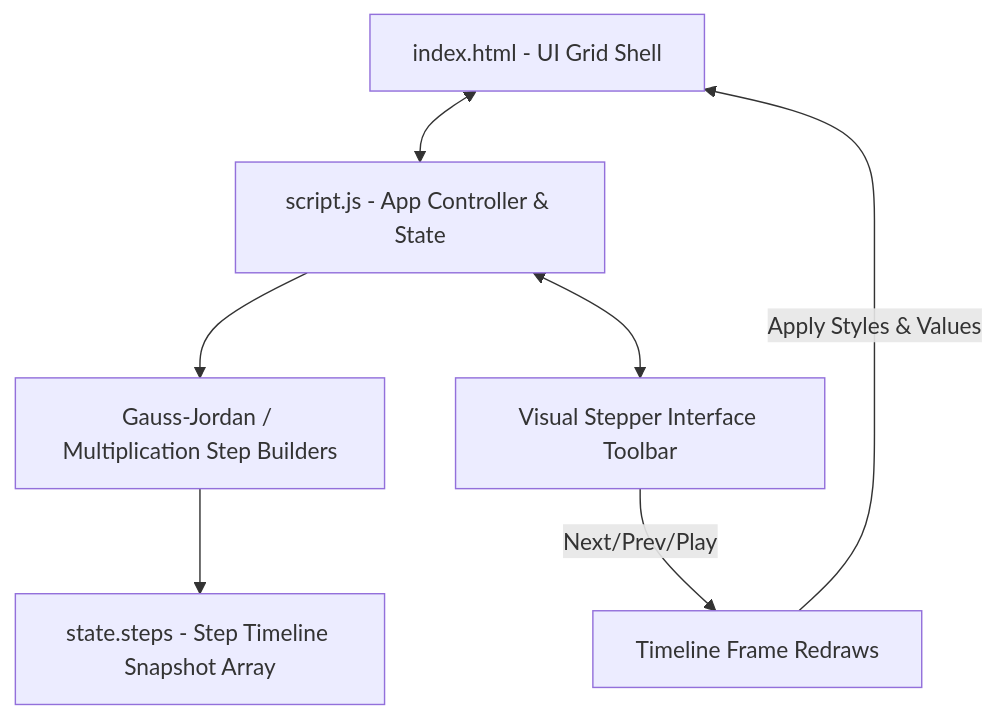
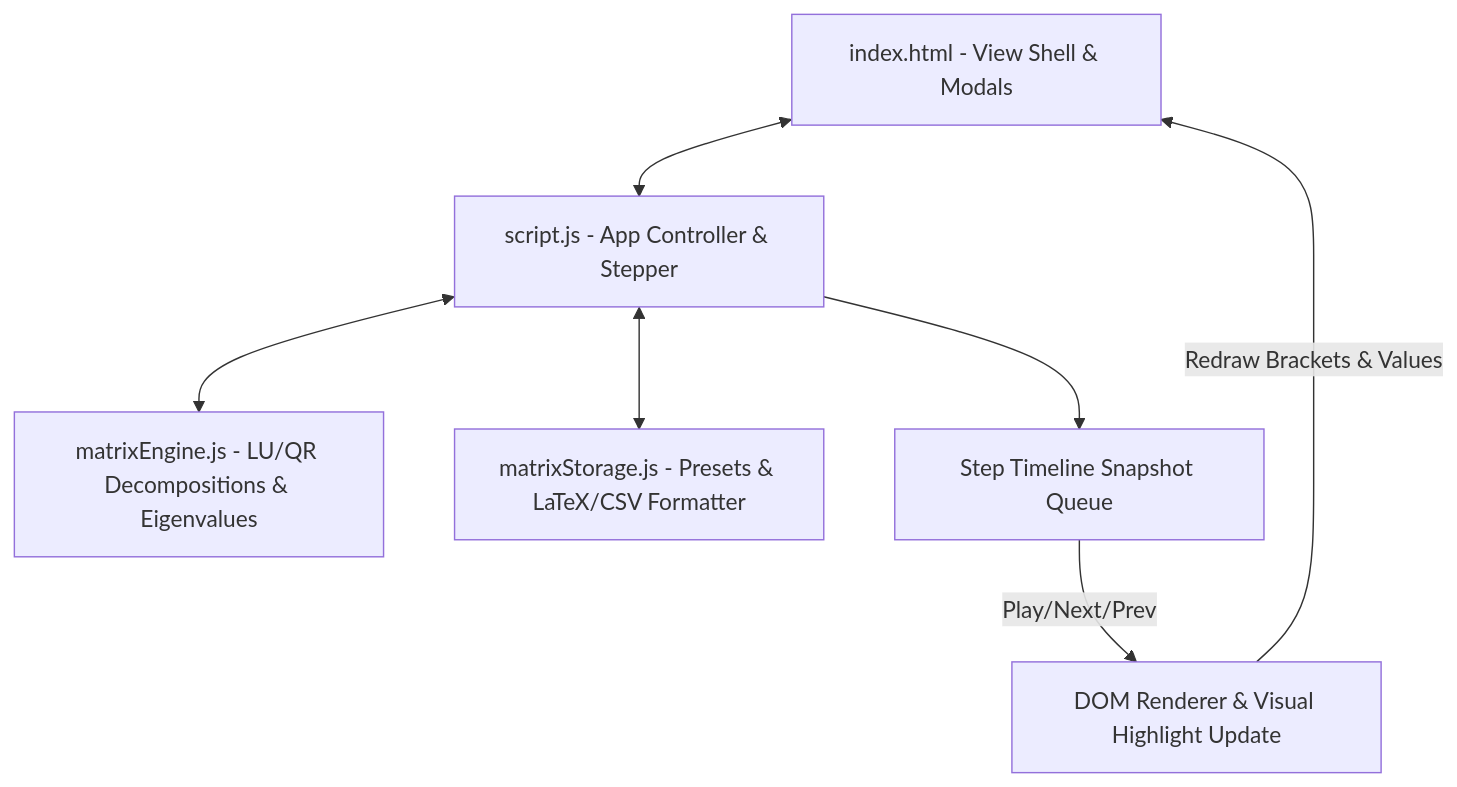
One commit to Anubhutisharma-07/cradle changed the diagram in projects/math/matrix-playground/ARCHITECTURE.md. Above: the diagram before and after it, drawn with Mermaid. The commit also changed other lines of this file and 7 other files, not shown here.

Commit message:
feat(matrix-playground): implement LU/QR decomposition engine, preset storage, LaTeX export, and test suite

````diff
--- a/projects/math/matrix-playground/ARCHITECTURE.md
+++ b/projects/math/matrix-playground/ARCHITECTURE.md
@@ -37,9 +31,9 @@
 ```mermaid
 graph TD
-    A[index.html - UI Grid Shell] <--> B[script.js - App Controller & State]
-    B --> C[Gauss-Jordan / Multiplication Step Builders]
-    C --> D[state.steps - Step Timeline Snapshot Array]
-    B <--> E[Visual Stepper Interface Toolbar]
-    E -->|Next/Prev/Play| F[Timeline Frame Redraws]
-    F -->|Apply Styles & Values| A
+    A[index.html - View Shell & Modals] <--> B[script.js - App Controller & Stepper]
+    B <--> C[matrixEngine.js - LU/QR Decompositions & Eigenvalues]
+    B <--> D[matrixStorage.js - Presets & LaTeX/CSV Formatter]
+    B --> E[Step Timeline Snapshot Queue]
+    E -->|Play/Next/Prev| F[DOM Renderer & Visual Highlight Update]
+    F -->|Redraw Brackets & Values| A
 ```
````
